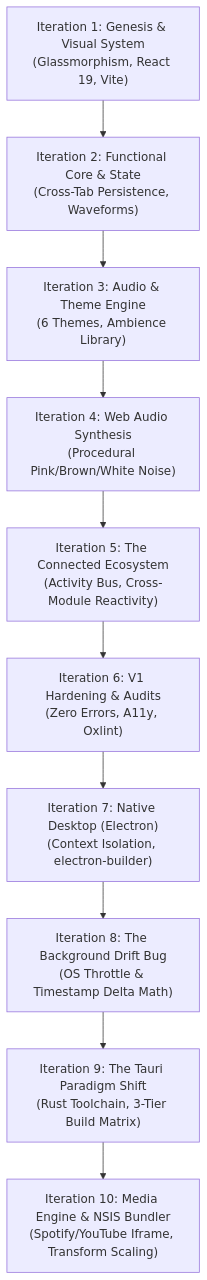
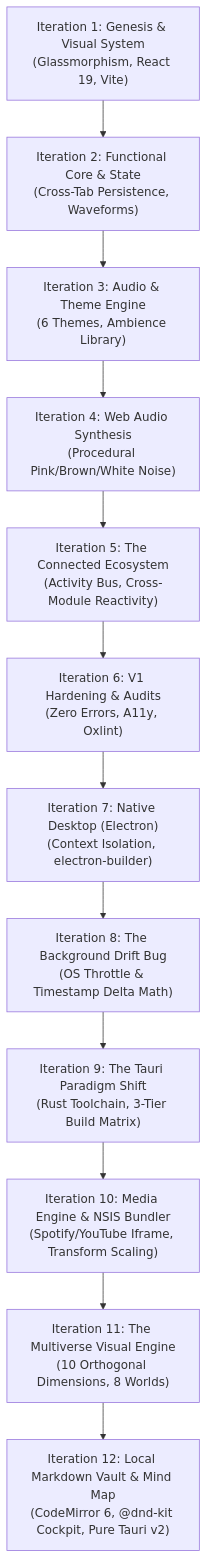
Before and after one commit to kleeeoss/aura-productivity-suite: the diagram in iterations.md, drawn with Mermaid. The commit also changed other lines of this file and 1 other file, not shown here.

````diff
--- a/iterations.md
+++ b/iterations.md
@@ -10,12 +10,14 @@
 ```mermaid
 flowchart TD
     I1["Iteration 1: Genesis & Visual System<br/>(Glassmorphism, React 19, Vite)"] --> I2["Iteration 2: Functional Core & State<br/>(Cross-Tab Persistence, Waveforms)"]
     I2 --> I3["Iteration 3: Audio & Theme Engine<br/>(6 Themes, Ambience Library)"]
     I3 --> I4["Iteration 4: Web Audio Synthesis<br/>(Procedural Pink/Brown/White Noise)"]
     I4 --> I5["Iteration 5: The Connected Ecosystem<br/>(Activity Bus, Cross-Module Reactivity)"]
     I5 --> I6["Iteration 6: V1 Hardening & Audits<br/>(Zero Errors, A11y, Oxlint)"]
     I6 --> I7["Iteration 7: Native Desktop (Electron)<br/>(Context Isolation, electron-builder)"]
     I7 --> I8["Iteration 8: The Background Drift Bug<br/>(OS Throttle & Timestamp Delta Math)"]
     I8 --> I9["Iteration 9: The Tauri Paradigm Shift<br/>(Rust Toolchain, 3-Tier Build Matrix)"]
     I9 --> I10["Iteration 10: Media Engine & NSIS Bundler<br/>(Spotify/YouTube Iframe, Transform Scaling)"]
+    I10 --> I11["Iteration 11: The Multiverse Visual Engine<br/>(10 Orthogonal Dimensions, 8 Worlds)"]
+    I11 --> I12["Iteration 12: Local Markdown Vault & Mind Map<br/>(CodeMirror 6, @dnd-kit Cockpit, Pure Tauri v2)"]
 ```
````
